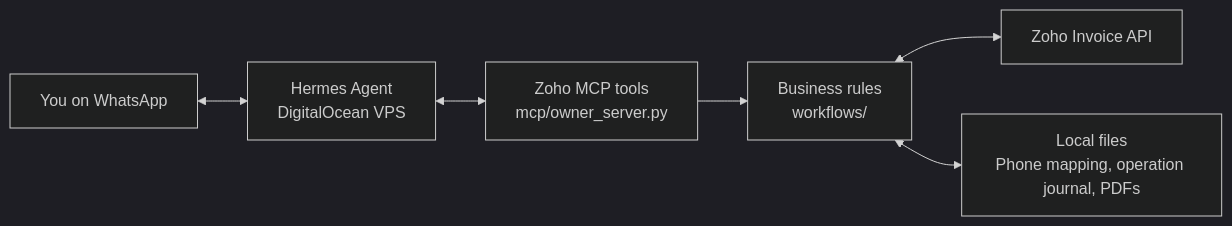
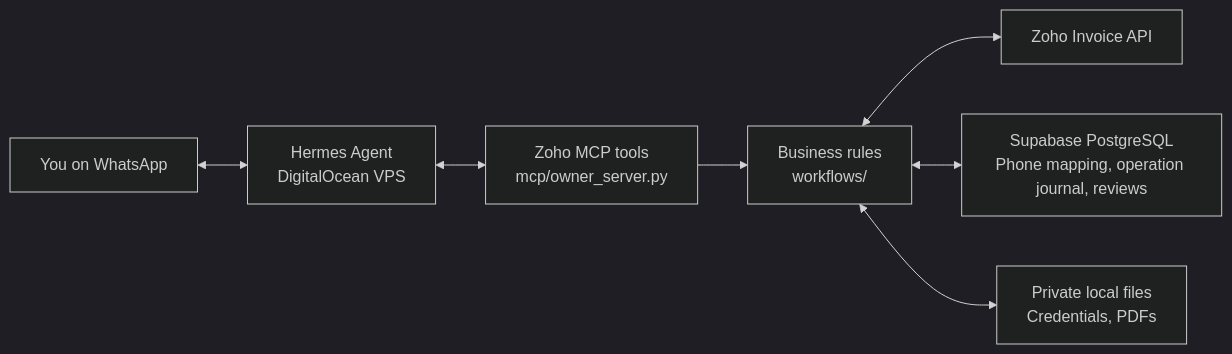
Before and after one commit to Rolo07/HustleAI: the first of 6 diagrams in docs/architecture/CODE_WALKTHROUGH.md, drawn with Mermaid (dark theme). The commit also changed other lines of this file and 34 other files, not shown here.

````diff
--- a/docs/architecture/CODE_WALKTHROUGH.md
+++ b/docs/architecture/CODE_WALKTHROUGH.md
@@ -13,8 +13,9 @@
 ```mermaid
 flowchart LR
     You["You on WhatsApp"] <--> Hermes["Hermes Agent<br/>DigitalOcean VPS"]
     Hermes <--> MCP["Zoho MCP tools<br/>mcp/owner_server.py"]
     MCP --> Service["Business rules<br/>workflows/"]
     Service <--> Zoho["Zoho Invoice API"]
-    Service <--> Local["Local files<br/>Phone mapping, operation journal, PDFs"]
+    Service <--> DB["Supabase PostgreSQL<br/>Phone mapping, operation journal, reviews"]
+    Service <--> Local["Private local files<br/>Credentials, PDFs"]
 ```
````
